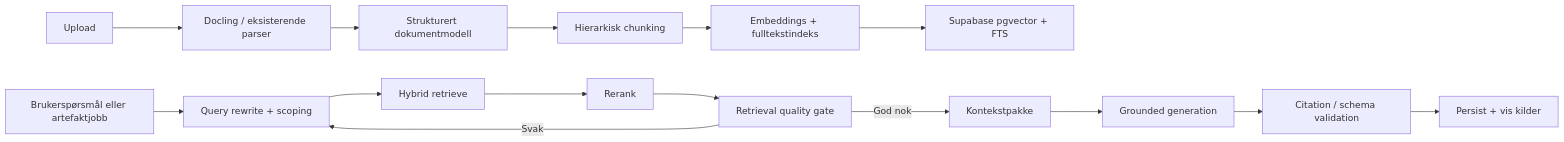
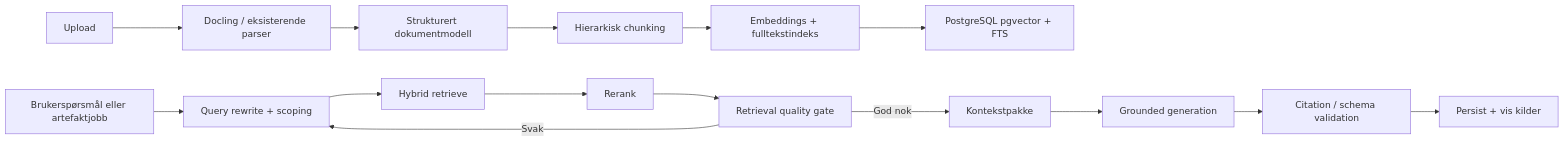
The first of 2 diagrams in docs/rag-agentic-ai-improvement-plan.md (SakariaAhmed/Anbud), drawn with Mermaid before and after one commit. The commit also changed other lines of this file and 167 other files, not shown here.

````diff
--- a/docs/rag-agentic-ai-improvement-plan.md
+++ b/docs/rag-agentic-ai-improvement-plan.md
@@ -33,17 +33,17 @@
 ```mermaid
 flowchart LR
   A[Upload] --> B[Docling / eksisterende parser]
   B --> C[Strukturert dokumentmodell]
   C --> D[Hierarkisk chunking]
   D --> E[Embeddings + fulltekstindeks]
-  E --> F[Supabase pgvector + FTS]
+  E --> F[PostgreSQL pgvector + FTS]
   G[Brukerspørsmål eller artefaktjobb] --> H[Query rewrite + scoping]
   H --> I[Hybrid retrieve]
   I --> J[Rerank]
   J --> K[Retrieval quality gate]
   K -->|God nok| L[Kontekstpakke]
   K -->|Svak| H
   L --> M[Grounded generation]
   M --> N[Citation / schema validation]
   N --> O[Persist + vis kilder]
 ```
````
